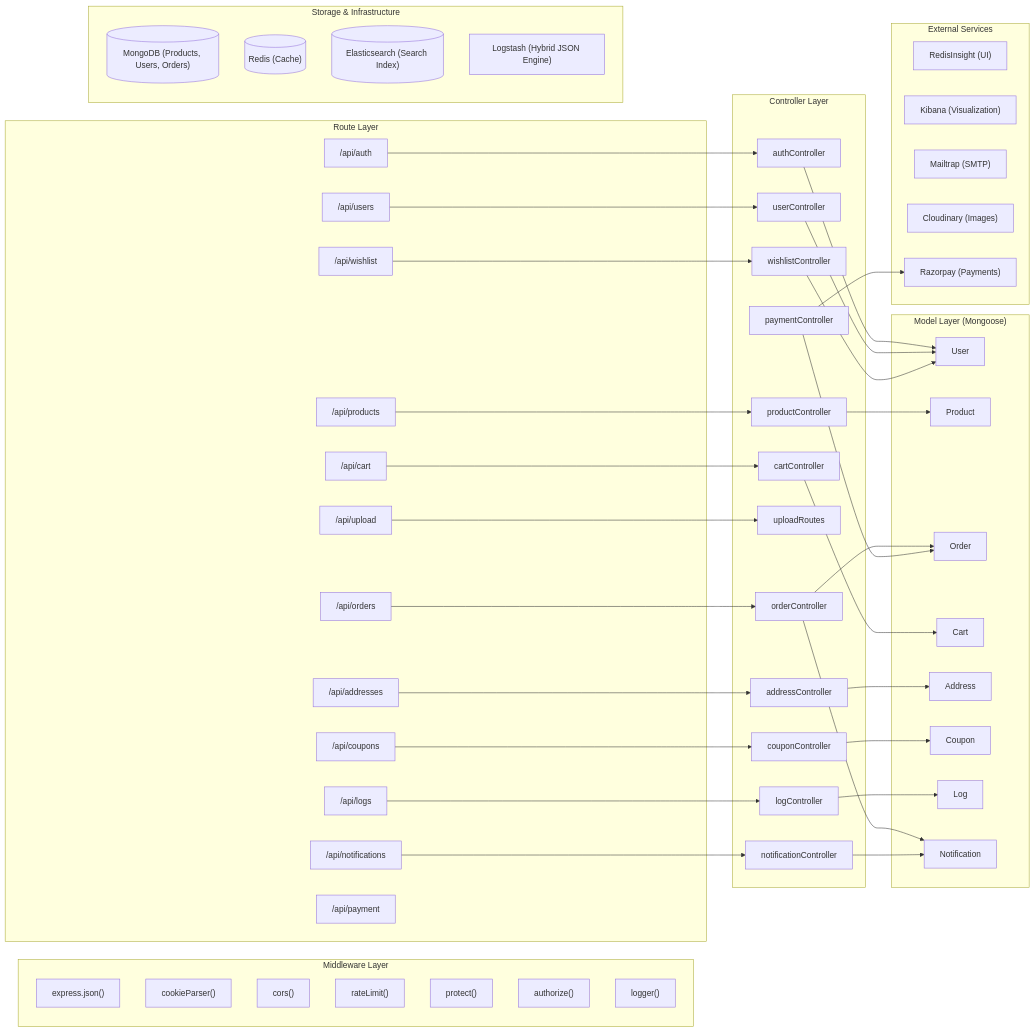
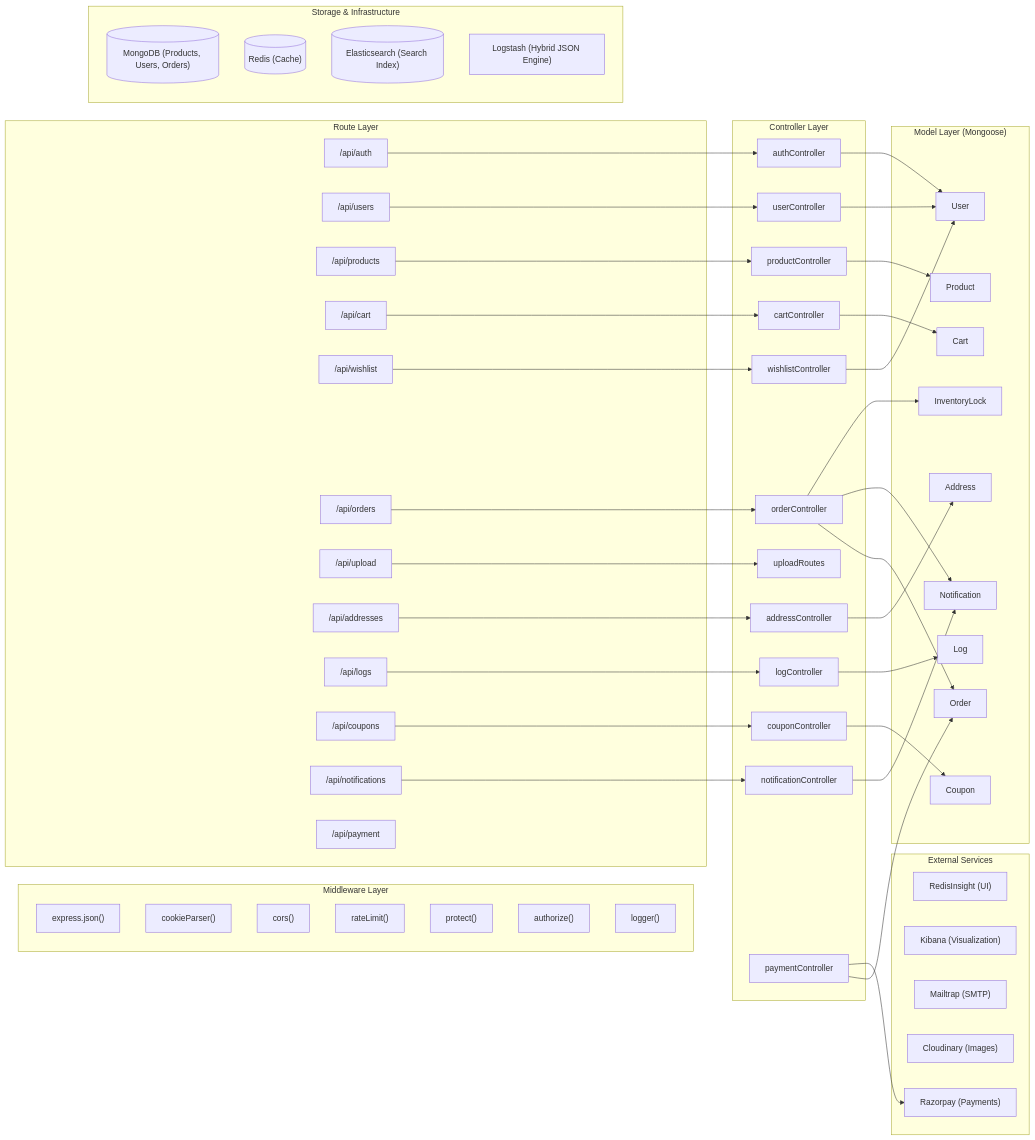
One commit to Narendrakaduru/QuickCart changed the second of 12 diagrams in architecture_diagrams.md. Above: the diagram before and after it, drawn with Mermaid. The commit also changed other lines of this file and 10 other files, not shown here.

```diff
--- a/architecture_diagrams.md
+++ b/architecture_diagrams.md
@@ -100,6 +100,7 @@
         M6["Coupon"]
         M7["Log"]
         M8["Notification"]
+        M9["InventoryLock"]
     end
 
     subgraph "Storage & Infrastructure"
@@ -136,6 +137,7 @@
     C5 --> M1
     C6 --> M3
     C6 --> M8
+    C6 --> M9
     C8 --> M5
     C9 --> M7
     C10 --> M6
```
